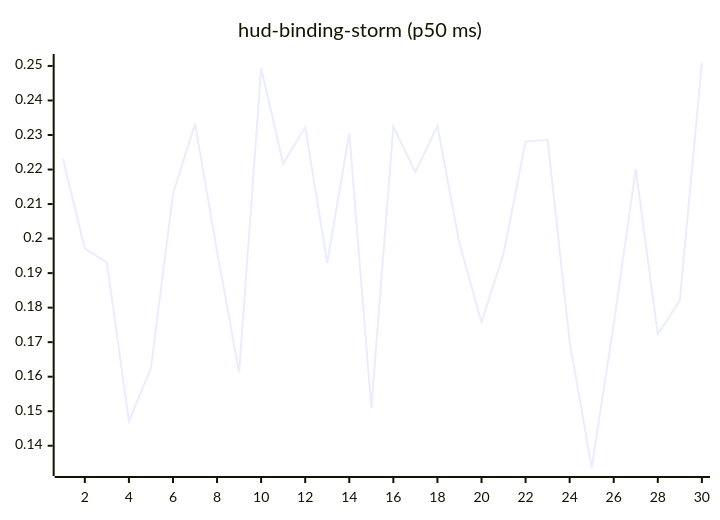
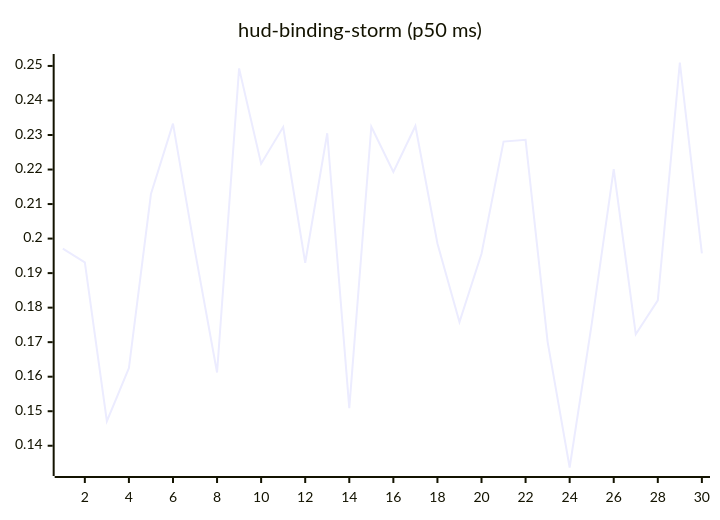
One commit to josha/Facet changed the tenth of 27 diagrams in README.md. Above: the diagram before and after it, drawn with Mermaid. The commit also changed other lines of this file and 2 other files, not shown here.

````diff
--- a/README.md
+++ b/README.md
@@ -126,6 +126,6 @@
 ```mermaid
 xychart-beta
     title "hud-binding-storm (p50 ms)"
     x-axis 1 --> 30
-    line [0.2232, 0.1971, 0.1931, 0.1471, 0.1625, 0.2129, 0.2333, 0.1963, 0.1612, 0.2493, 0.2217, 0.2323, 0.1930, 0.2305, 0.1509, 0.2324, 0.2193, 0.2326, 0.1986, 0.1758, 0.1956, 0.2281, 0.2286, 0.1701, 0.1337, 0.1752, 0.2201, 0.1723, 0.1821, 0.2510]
+    line [0.1971, 0.1931, 0.1471, 0.1625, 0.2129, 0.2333, 0.1963, 0.1612, 0.2493, 0.2217, 0.2323, 0.1930, 0.2305, 0.1509, 0.2324, 0.2193, 0.2326, 0.1986, 0.1758, 0.1956, 0.2281, 0.2286, 0.1701, 0.1337, 0.1752, 0.2201, 0.1723, 0.1821, 0.2510, 0.1957]
 ```
````
